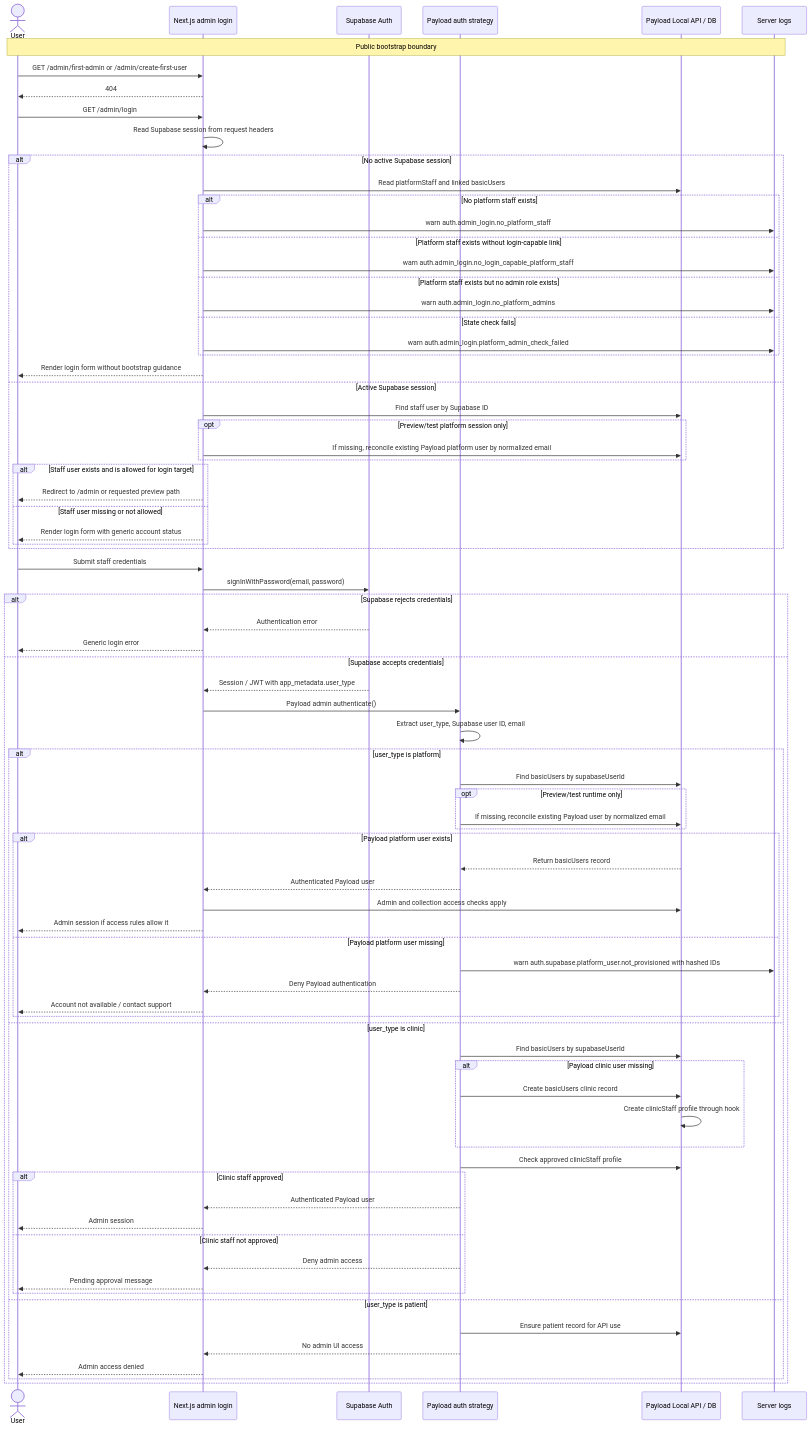
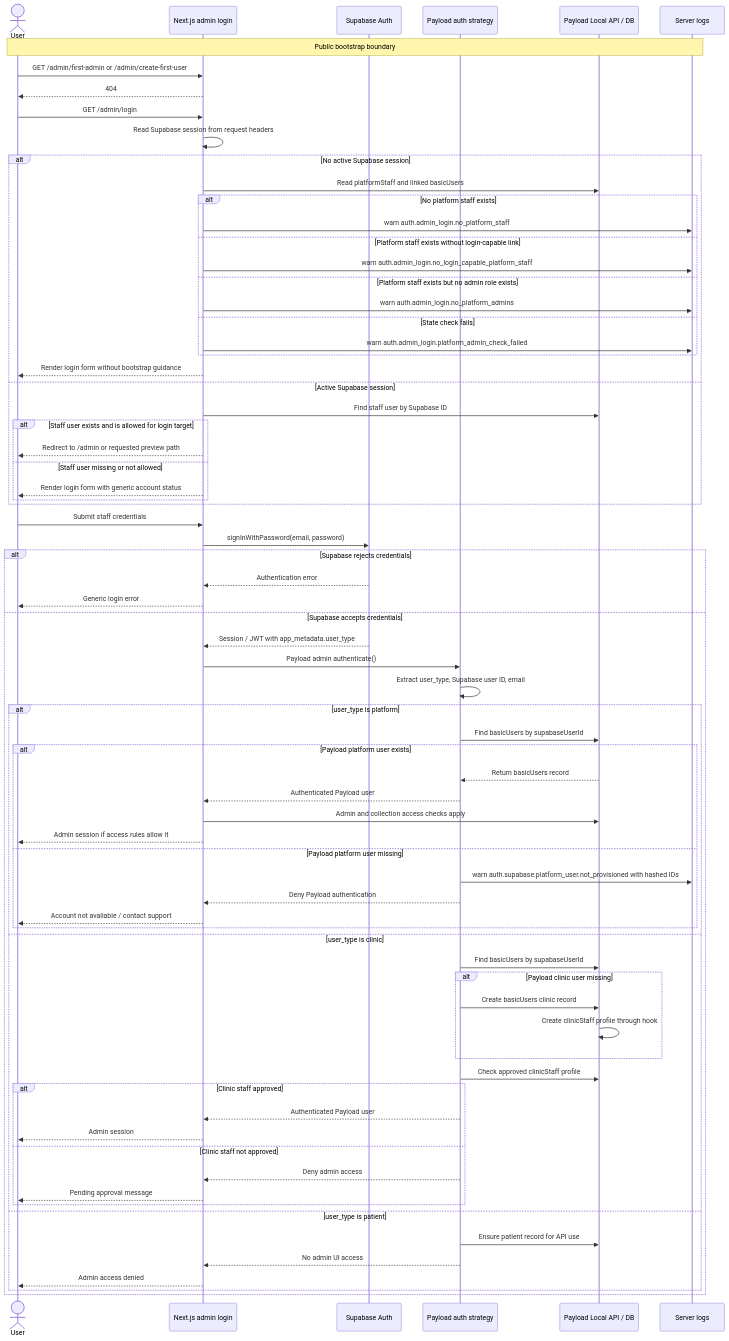
The diagram in docs/security/auth-flow-diagram.md (findmydoc-platform/website), drawn with Mermaid before and after one commit. The commit also changed other lines of this file and 9 other files, not shown here.

Commit message:
feat: remove runtime platform user reconcile

```diff
--- a/docs/security/auth-flow-diagram.md
+++ b/docs/security/auth-flow-diagram.md
@@ -33,9 +33,6 @@
         Login-->>User: Render login form without bootstrap guidance
     else Active Supabase session
         Login->>Payload: Find staff user by Supabase ID
-        opt Preview/test platform session only
-            Login->>Payload: If missing, reconcile existing Payload platform user by normalized email
-        end
         alt Staff user exists and is allowed for login target
             Login-->>User: Redirect to /admin or requested preview path
         else Staff user missing or not allowed
@@ -56,9 +53,6 @@
 
         alt user_type is platform
             Strategy->>Payload: Find basicUsers by supabaseUserId
-            opt Preview/test runtime only
-                Strategy->>Payload: If missing, reconcile existing Payload user by normalized email
-            end
             alt Payload platform user exists
                 Payload-->>Strategy: Return basicUsers record
                 Strategy-->>Login: Authenticated Payload user
```
